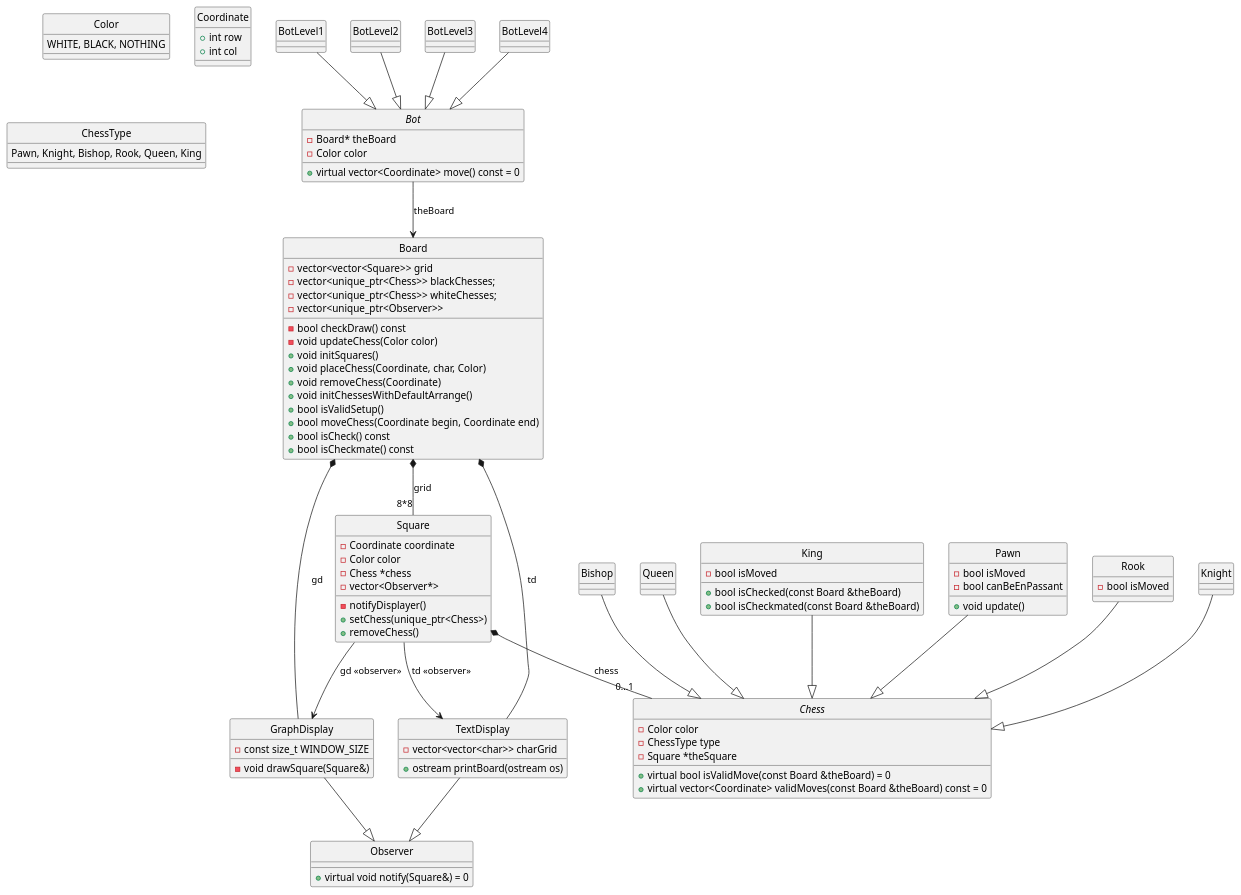
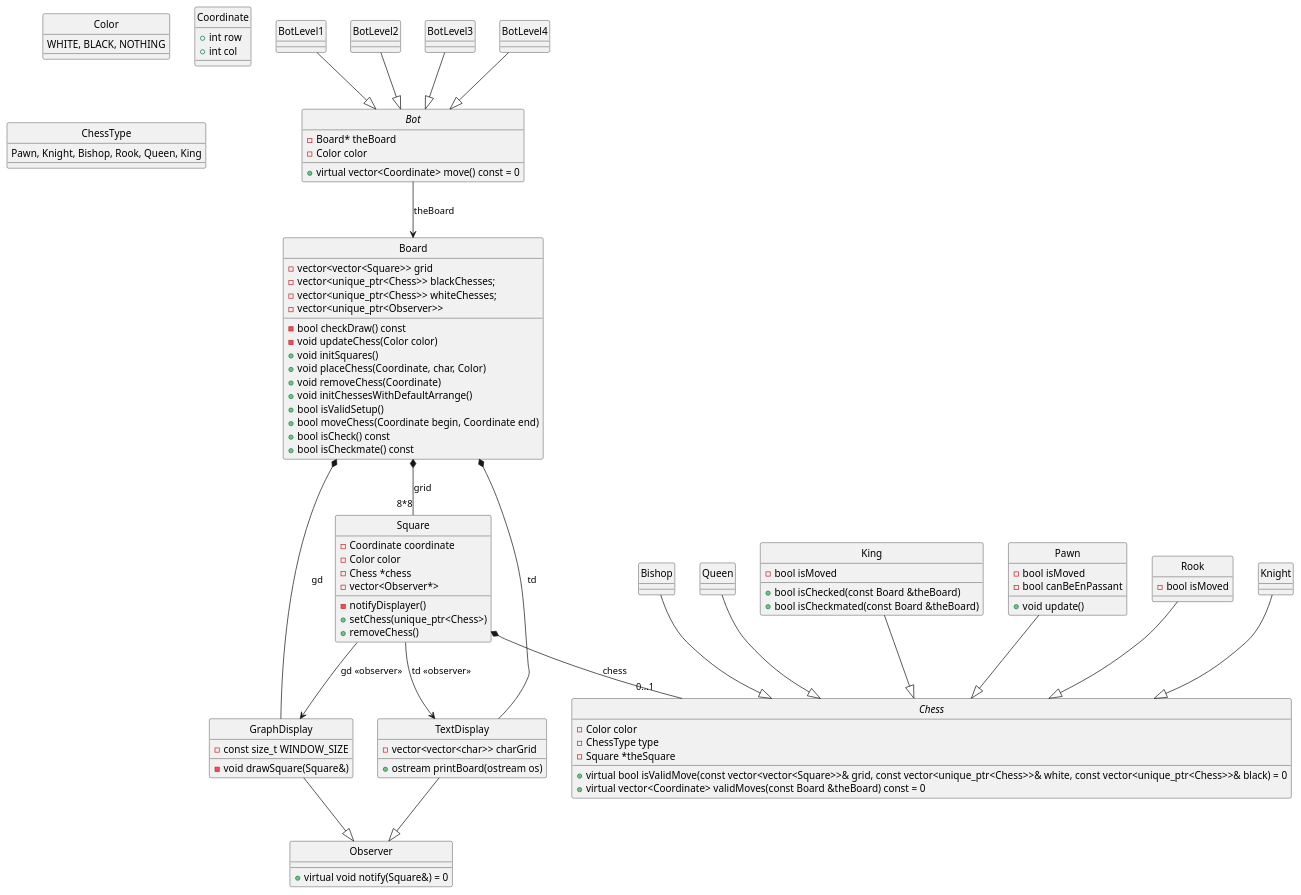
Before and after one commit to TractorBenson/Chess: the diagram in doc/UML.puml, drawn with PlantUML. The commit also changed 4 other files, not shown here.

```diff
--- a/doc/UML.puml
+++ b/doc/UML.puml
@@ -1,137 +1,137 @@
 @startuml UML
 hide circle
 skinparam groupInheritance 2
 
 
 enum Color { 
     WHITE, BLACK, NOTHING 
 }
 
 struct Coordinate {
     + int row
     + int col
 }
 
 enum ChessType {
     Pawn, Knight, Bishop, Rook, Queen, King
 }
 
 class Square {
     - Coordinate coordinate
     - Color color
     - Chess *chess
     - vector<Observer*>
     - notifyDisplayer() 
     + setChess(unique_ptr<Chess>)
     + removeChess()
 }
 Square --> TextDisplay : td <<observer>>
 Square --> GraphDisplay : gd <<observer>>
 Square *-- "0...1" Chess : chess
 
 
 abstract class Chess {
     - Color color
     - ChessType type
     - Square *theSquare
-    + virtual bool isValidMove(const Board &theBoard) = 0
+    + virtual bool isValidMove(const vector<vector<Square>>& grid, const vector<unique_ptr<Chess>>& white, const vector<unique_ptr<Chess>>& black) = 0
     + virtual vector<Coordinate> validMoves(const Board &theBoard) const = 0
 }
 
 class Pawn {
     - bool isMoved
     - bool canBeEnPassant
     + void update()
 }
 Pawn --|> Chess
 
 class Rook {
     - bool isMoved
 }
 Rook --|> Chess
 
 class Knight {
 }
 Knight --|> Chess
 
 class Bishop {
 }
 Bishop --|> Chess
 
 class Queen {
 }
 Queen --|> Chess
 
 class King {
     - bool isMoved
     + bool isChecked(const Board &theBoard)
     + bool isCheckmated(const Board &theBoard)
 }
 King --|> Chess
 
 
 class Board {
     - vector<vector<Square>> grid
     - vector<unique_ptr<Chess>> blackChesses;
     - vector<unique_ptr<Chess>> whiteChesses;
     - vector<unique_ptr<Observer>>
     - bool checkDraw() const
     - void updateChess(Color color)
     + void initSquares()
     + void placeChess(Coordinate, char, Color)
     + void removeChess(Coordinate)
     + void initChessesWithDefaultArrange()
     + bool isValidSetup()
     + bool moveChess(Coordinate begin, Coordinate end)
     + bool isCheck() const
     + bool isCheckmate() const
 }
 Board *-- "8*8" Square : grid
 Board *-- TextDisplay : td
 Board *-- GraphDisplay : gd
 
 
 class Observer {
     + virtual void notify(Square&) = 0
 }
 
 class TextDisplay {
     - vector<vector<char>> charGrid
     + ostream printBoard(ostream os)
 }
 TextDisplay --|> Observer
 
 class GraphDisplay {
     - const size_t WINDOW_SIZE
     - void drawSquare(Square&)
 }
 GraphDisplay --|> Observer
 
 abstract class Bot {
     - Board* theBoard
     - Color color
     + virtual vector<Coordinate> move() const = 0
 }
 Bot --> Board : theBoard
 
 class BotLevel1 {
 
 }
 BotLevel1 --|> Bot
 
 class BotLevel2 {
 
 }
 BotLevel2 --|> Bot
 
 class BotLevel3 {
 
 }
 BotLevel3 --|> Bot
 
 class BotLevel4 {
 
 }
 BotLevel4 --|> Bot
 
 @enduml
```
